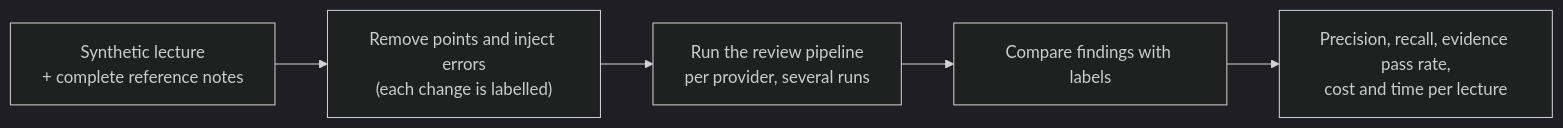
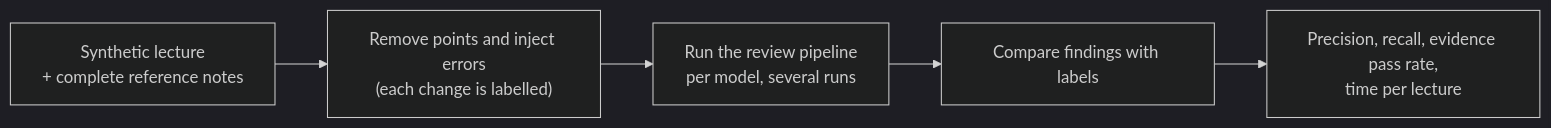
One commit to Lingesh-S/NoteNinja-AI changed the second of 2 diagrams in docs/CONCEPT.md. Above: the diagram before and after it, drawn with Mermaid (dark theme). The commit also changed other lines of this file, not shown here.

````diff
--- a/docs/CONCEPT.md
+++ b/docs/CONCEPT.md
@@ -199,7 +208,7 @@
 ```mermaid
 flowchart LR
     GOLD["Synthetic lecture<br/>+ complete reference notes"] --> DEG["Remove points and inject errors<br/>(each change is labelled)"]
-    DEG --> RUN["Run the review pipeline<br/>per provider, several runs"]
+    DEG --> RUN["Run the review pipeline<br/>per model, several runs"]
     RUN --> SCORE["Compare findings with labels"]
-    SCORE --> MET["Precision, recall, evidence pass rate,<br/>cost and time per lecture"]
+    SCORE --> MET["Precision, recall, evidence pass rate,<br/>time per lecture"]
 ```
````
